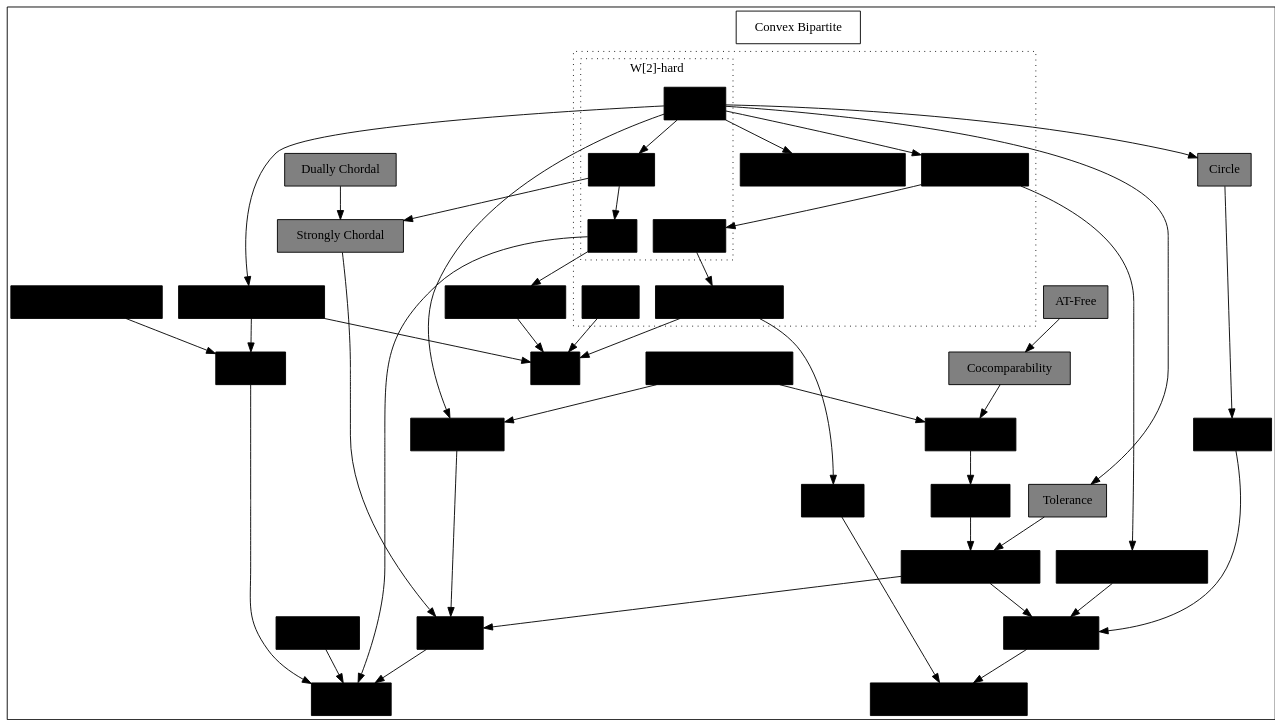
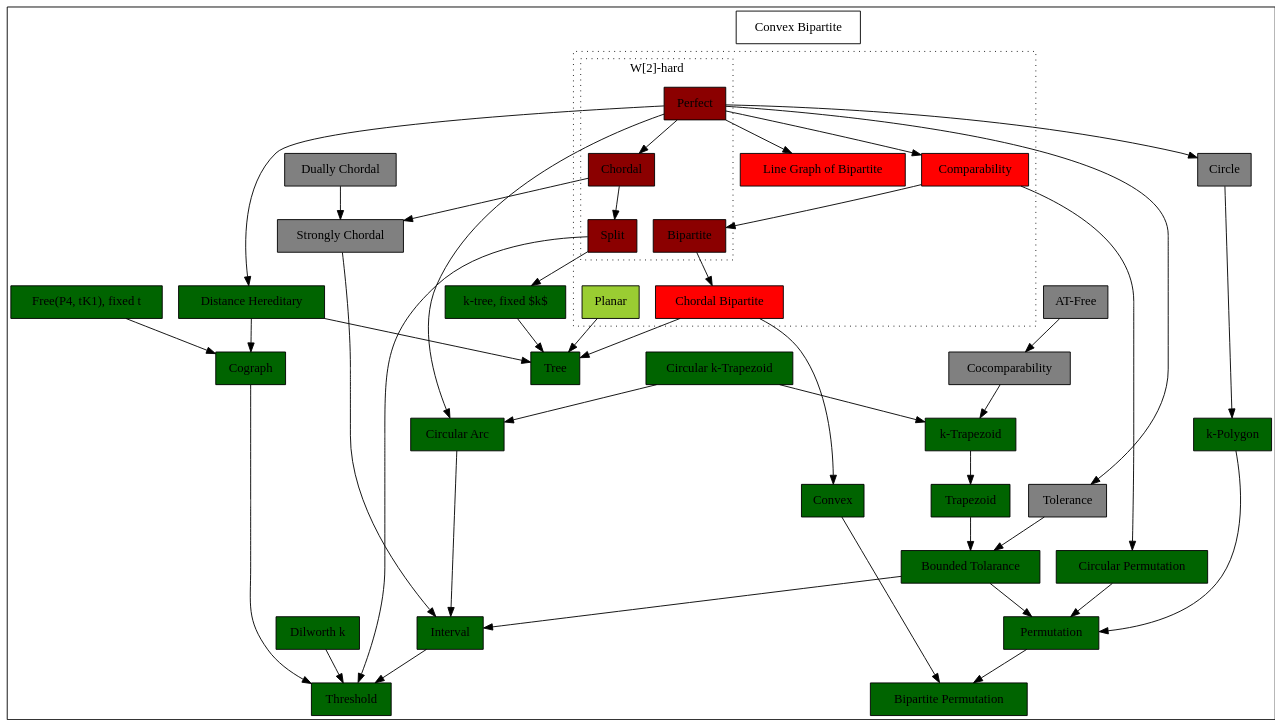
Before and after one commit to lukas681/Master-Thesis: the diagram in fig/graphviz/graphclasses.dot, drawn with Graphviz. The commit also changed 9 other files, not shown here.

```diff
--- a/fig/graphviz/graphclasses.dot
+++ b/fig/graphviz/graphclasses.dot
@@ -1,130 +1,129 @@
 digraph {
   
   rankdir="TB"
   newrank=true;
   colorscheme="spectral11"
   // Global Layouting
   node [shape=record,style="filled",fillcolor="white"];
  
   "0" [style = invis]
 
     "0" -> Perfect [style=invis]
     
 // NP Complete
   subgraph cluster_npc {
     subgraph cluster_Whard {
-        Perfect  [label="Perfect",fillcolor=2];
-        Split  [label="Split",fillcolor=2];
-        Chordal [label="Chordal",fillcolor=2];
-    Bipartite [label="Bipartite",fillcolor=2];    
+        Perfect  [label="Perfect",fillcolor=darkred];
+        Split  [label="Split",fillcolor=darkred];
+        Chordal [label="Chordal",fillcolor=darkred];
+    Bipartite [label="Bipartite",fillcolor=darkred];    
         label="W[2]-hard";
         graph[style=dotted];
     }
-    Planar [label="Planar",fillcolor=6];
-    LOB [label="Line Graph of Bipartite",fillcolor=6];
-    ChordalBipartite  [label="Chordal Bipartite",fillcolor=1];
-    Comparability  [label="Comparability",fillcolor=1]; 
+    Planar [label="Planar",fillcolor=yellowgreen];
+    LOB [label="Line Graph of Bipartite",fillcolor=red];
+    ChordalBipartite  [label="Chordal Bipartite",fillcolor=red];
+    Comparability  [label="Comparability",fillcolor=red]; 
 
     graph[style=dotted];
   }
   //  Block  [label="Block"];
     ConvexBipartite  [label="Convex Bipartite"];
   
  // Polytime;
-    Interval  [label="Interval",fillcolor=9];
-    CircularArc [label="Circular Arc",fillcolor=9]; 
-    Permutation  [label="Permutation",fillcolor=9];
-    CircularPermutation  [label="Circular Permutation",fillcolor=9];
-    BipartitePermutation  [label="Bipartite Permutation",fillcolor=9];
-    Convex  [label="Convex",fillcolor=9];
-    KPolygon  [label="k-Polygon",fillcolor=9];
-    KTreeFixed [label="k-tree, fixed $k$",fillcolor=9];
-    Cograph  [label="Cograph",fillcolor=9];  
-    Threshold  [label=  "Threshold",fillcolor=9]; 
-    DilworthK  [label="Dilworth k",fillcolor=9];  
-    P4tK1  [label="Free(P4, tK1), fixed t",fillcolor=9];
-    DistanceHereditary  [label="Distance Hereditary",fillcolor=9];
-    KPolygon  [label="k-Polygon",fillcolor=9];
-    BoundedTolerance  [label="Bounded Tolarance",fillcolor=9];
-    Trapezoid  [label="Trapezoid",fillcolor=9];
-    KTrapezoid  [label="k-Trapezoid",fillcolor=9];
-    CircularKTrapezoid  [label="Circular k-Trapezoid",fillcolor=9];
-    Tree  [label="Tree",fillcolor=9];
+    Interval  [label="Interval",fillcolor=darkgreen];
+    CircularArc [label="Circular Arc",fillcolor=darkgreen]; 
+    Permutation  [label="Permutation",fillcolor=darkgreen];
+    CircularPermutation  [label="Circular Permutation",fillcolor=darkgreen];
+    BipartitePermutation  [label="Bipartite Permutation",fillcolor=darkgreen];
+    Convex  [label="Convex",fillcolor=darkgreen];
+    KPolygon  [label="k-Polygon",fillcolor=darkgreen];
+    KTreeFixed [label="k-tree, fixed $k$",fillcolor=darkgreen];
+    Cograph  [label="Cograph",fillcolor=darkgreen];  
+    Threshold  [label=  "Threshold",fillcolor=darkgreen]; 
+    DilworthK  [label="Dilworth k",fillcolor=darkgreen];  
+    P4tK1  [label="Free(P4, tK1), fixed t",fillcolor=darkgreen];
+    DistanceHereditary  [label="Distance Hereditary",fillcolor=darkgreen];
+    KPolygon  [label="k-Polygon",fillcolor=darkgreen];
+    BoundedTolerance  [label="Bounded Tolarance",fillcolor=darkgreen];
+    Trapezoid  [label="Trapezoid",fillcolor=darkgreen];
+    KTrapezoid  [label="k-Trapezoid",fillcolor=darkgreen];
+    CircularKTrapezoid  [label="Circular k-Trapezoid",fillcolor=darkgreen];
+    Tree  [label="Tree",fillcolor=darkgreen];
 
  // Unknown
- 
     Tolerance [label="Tolerance",fillcolor="gray",style="filled"];
     ATFree  [label="AT-Free",fillcolor="gray"];
     CComparability  [label="Cocomparability",fillcolor="gray"];
     Tolerance  [label="Tolerance",fillcolor="gray"];
     StronglyChordal  [label="Strongly Chordal",fillcolor="gray"];
     DuallyChordal  [label="Dually Chordal",fillcolor="gray"];
     Circle  [label="Circle",fillcolor="gray"];
 
 
     // INSIDE NP and ?
     Perfect -> Chordal
     Perfect -> Comparability
     Perfect -> Tolerance
 	Perfect -> Circle
     Perfect -> LOB
     Perfect -> CircularArc
     
     Bipartite -> ChordalBipartite
     Chordal -> Split
 
     ATFree -> CComparability    
 
     // INSIDE P
     Permutation -> BipartitePermutation
     Convex -> BipartitePermutation
     
     
     CircularPermutation -> Permutation
     BoundedTolerance -> Permutation
     KPolygon -> Permutation
 
     Perfect -> DistanceHereditary
 
     ChordalBipartite -> Convex
 
     Comparability -> CircularPermutation
     Comparability -> Bipartite
     
     Circle -> KPolygon
 
     Chordal -> StronglyChordal
     DuallyChordal -> StronglyChordal
 
     KTrapezoid -> Trapezoid
 
     CircularKTrapezoid -> KTrapezoid
     CComparability -> KTrapezoid
 
 
     Trapezoid -> BoundedTolerance
     Tolerance -> BoundedTolerance
 
     CircularKTrapezoid -> CircularArc
 
     CircularArc -> Interval
     StronglyChordal -> Interval
     BoundedTolerance -> Interval
 
     DistanceHereditary -> Cograph
     P4tK1 -> Cograph
 
     Cograph -> Threshold
     Split -> Threshold
     Interval -> Threshold
     DilworthK -> Threshold
 
     Split -> KTreeFixed
 
     ChordalBipartite -> Tree
     KTreeFixed -> Tree
     DistanceHereditary -> Tree
     Planar -> Tree
     
     ChordalBipartite -> CircularKTrapezoid  [style=invis] 
 }
```
